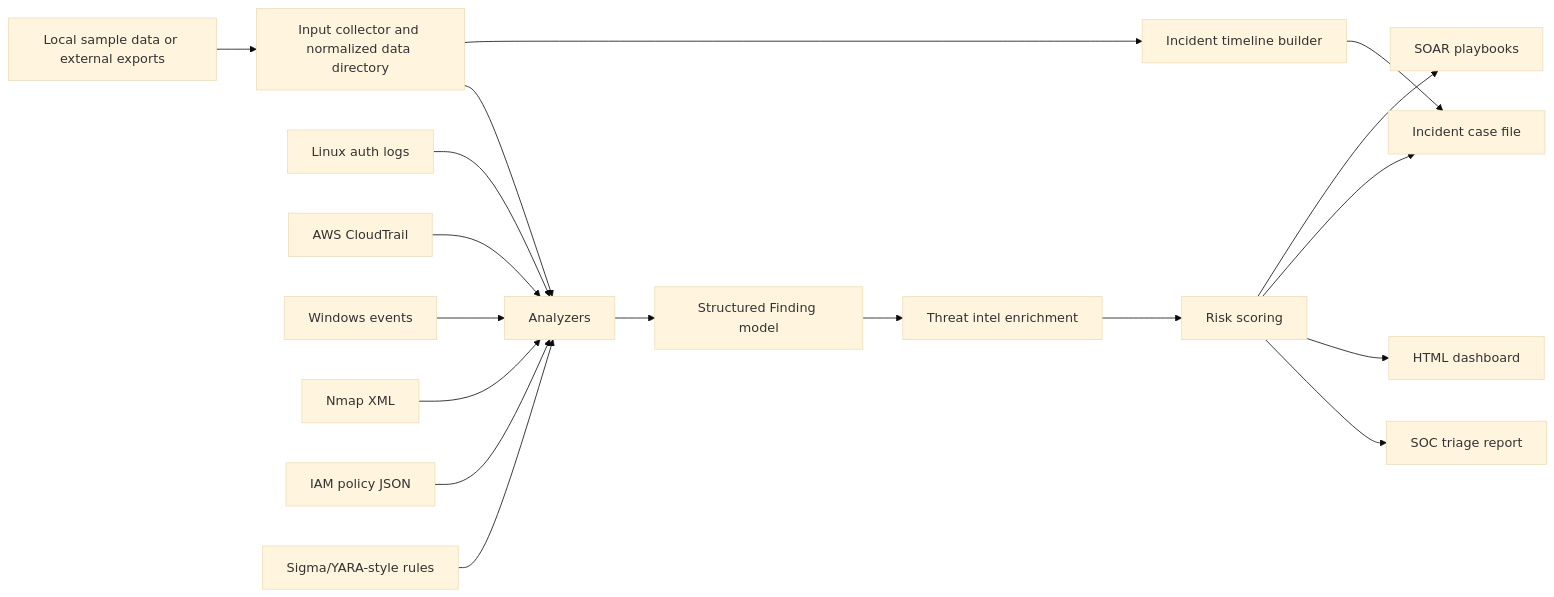
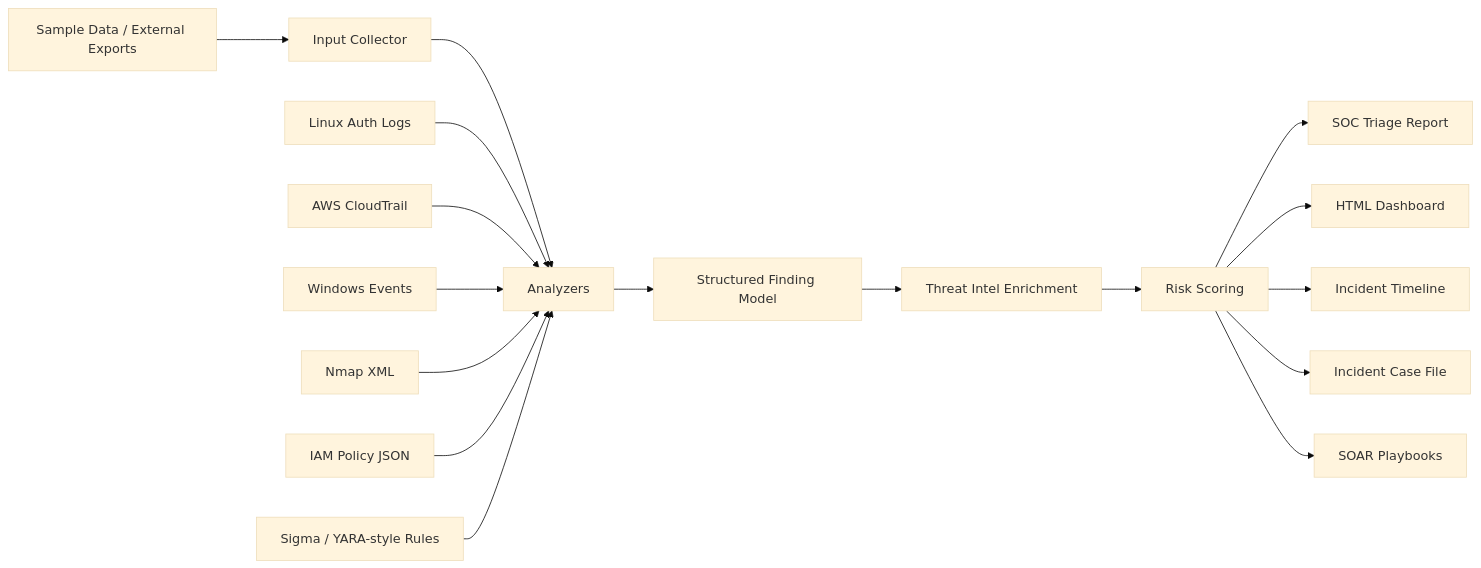
The diagram in README.md (sanyasachdeva1/python-security-automation-scripts), drawn with Mermaid (base theme) before and after one commit. The commit also changed other lines of this file, not shown here.

````diff
--- a/README.md
+++ b/README.md
@@ -52,21 +30,20 @@
 ```mermaid
 flowchart LR
-    A["Local sample data or external exports"] --> B["Input collector and normalized data directory"]
+    A["Sample Data / External Exports"] --> B["Input Collector"]
     B --> C["Analyzers"]
-    C --> D["Structured Finding model"]
-    D --> E["Threat intel enrichment"]
-    E --> F["Risk scoring"]
-    F --> G["SOC triage report"]
-    F --> H["HTML dashboard"]
-    F --> I["Incident case file"]
-    F --> J["SOAR playbooks"]
-    B --> K["Incident timeline builder"]
-    K --> I
+    C --> D["Structured Finding Model"]
+    D --> E["Threat Intel Enrichment"]
+    E --> F["Risk Scoring"]
+    F --> G["SOC Triage Report"]
+    F --> H["HTML Dashboard"]
+    F --> I["Incident Timeline"]
+    F --> J["Incident Case File"]
+    F --> K["SOAR Playbooks"]
 
-    C1["Linux auth logs"] --> C
+    C1["Linux Auth Logs"] --> C
     C2["AWS CloudTrail"] --> C
-    C3["Windows events"] --> C
+    C3["Windows Events"] --> C
     C4["Nmap XML"] --> C
-    C5["IAM policy JSON"] --> C
-    C6["Sigma/YARA-style rules"] --> C
+    C5["IAM Policy JSON"] --> C
+    C6["Sigma / YARA-style Rules"] --> C
 ```
````
